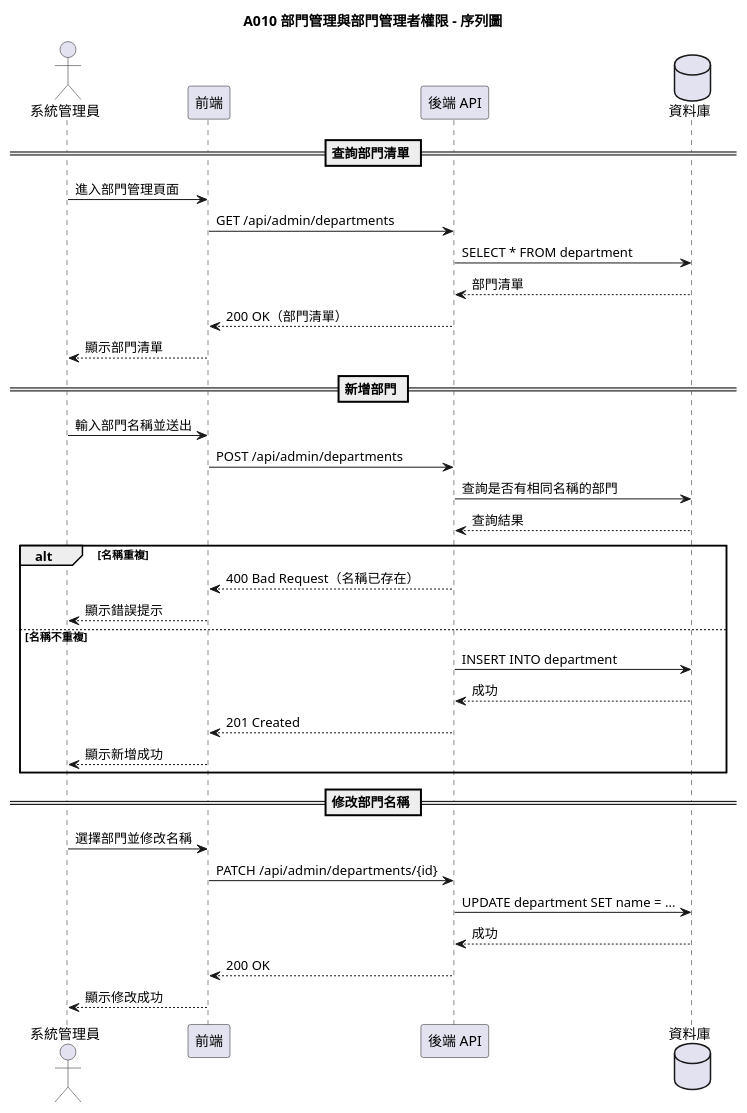
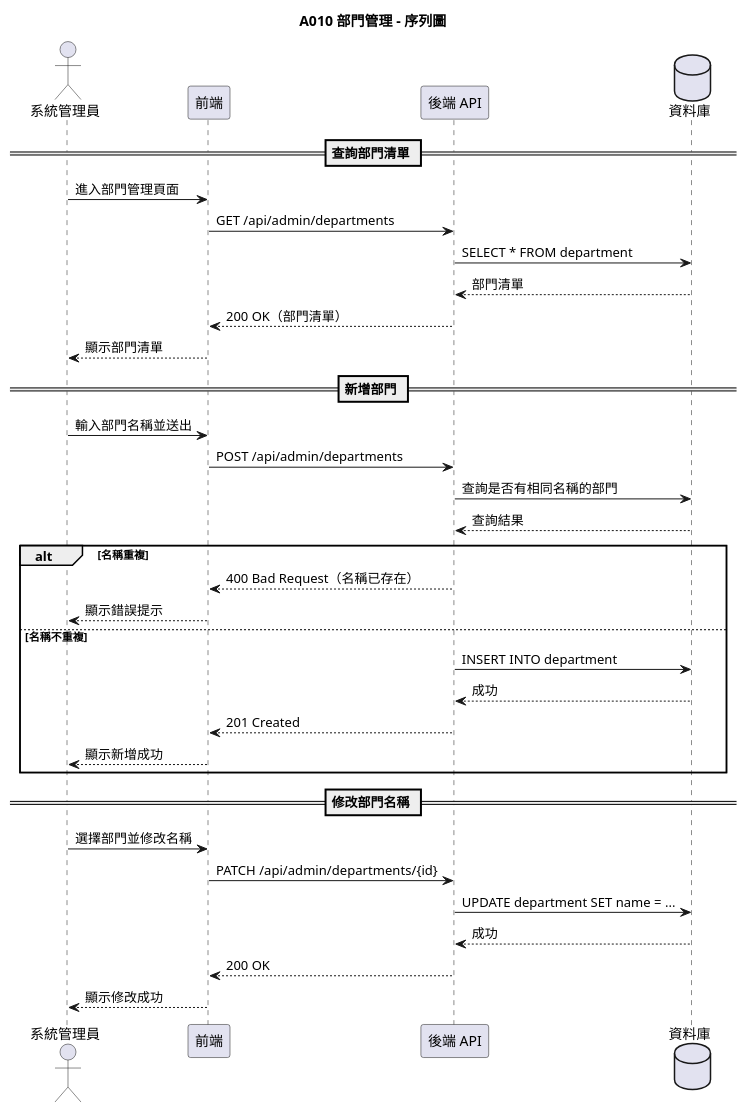
The diagram in output/A010/A010-sequence.puml (teyhawzhe/bento-uml), drawn with PlantUML before and after one commit. The commit also changed 30 other files, not shown here.

```diff
--- a/output/A010/A010-sequence.puml
+++ b/output/A010/A010-sequence.puml
@@ -1,41 +1,41 @@
 @startuml A010-sequence
 
-title A010 部門管理與部門管理者權限 - 序列圖
+title A010 部門管理 - 序列圖
 
 actor "系統管理員" as admin
 participant "前端" as fe
 participant "後端 API" as api
 database "資料庫" as db
 
 == 查詢部門清單 ==
 admin -> fe : 進入部門管理頁面
 fe -> api : GET /api/admin/departments
 api -> db : SELECT * FROM department
 db --> api : 部門清單
 api --> fe : 200 OK（部門清單）
 fe --> admin : 顯示部門清單
 
 == 新增部門 ==
 admin -> fe : 輸入部門名稱並送出
 fe -> api : POST /api/admin/departments
 api -> db : 查詢是否有相同名稱的部門
 db --> api : 查詢結果
 alt 名稱重複
   api --> fe : 400 Bad Request（名稱已存在）
   fe --> admin : 顯示錯誤提示
 else 名稱不重複
   api -> db : INSERT INTO department
   db --> api : 成功
   api --> fe : 201 Created
   fe --> admin : 顯示新增成功
 end
 
 == 修改部門名稱 ==
 admin -> fe : 選擇部門並修改名稱
 fe -> api : PATCH /api/admin/departments/{id}
 api -> db : UPDATE department SET name = ...
 db --> api : 成功
 api --> fe : 200 OK
 fe --> admin : 顯示修改成功
 
 @enduml
```
